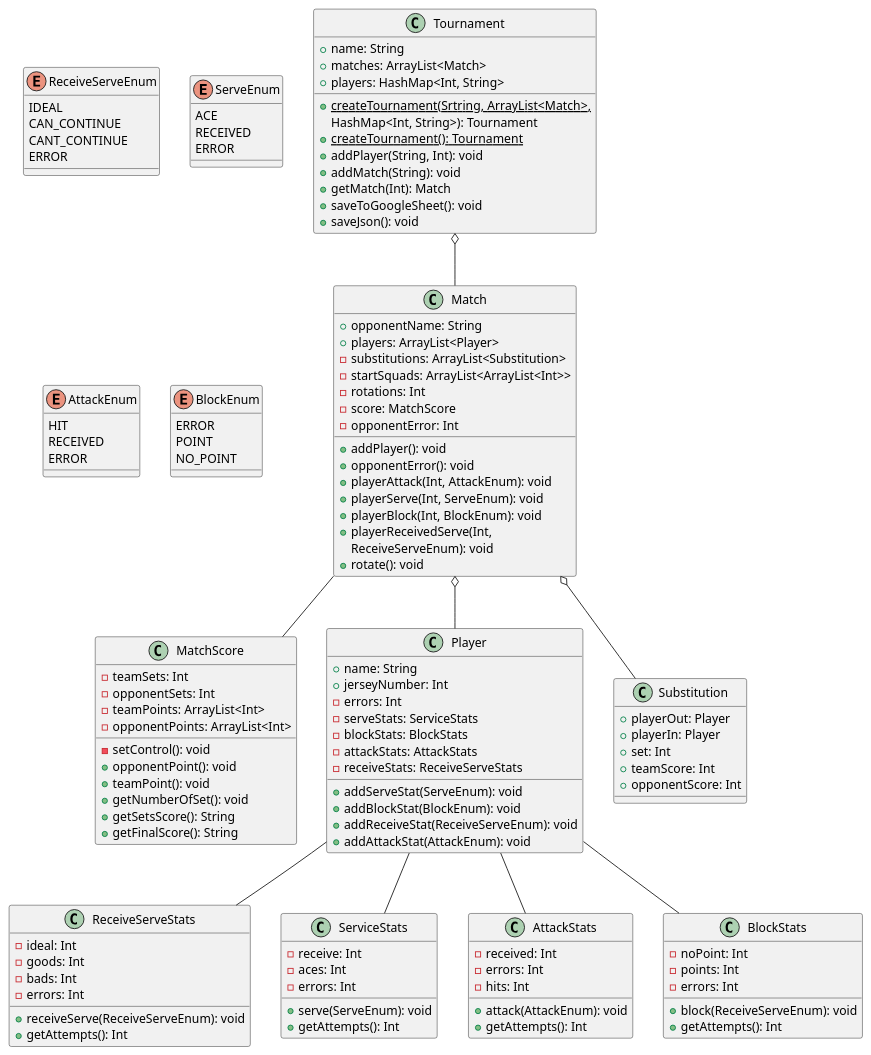
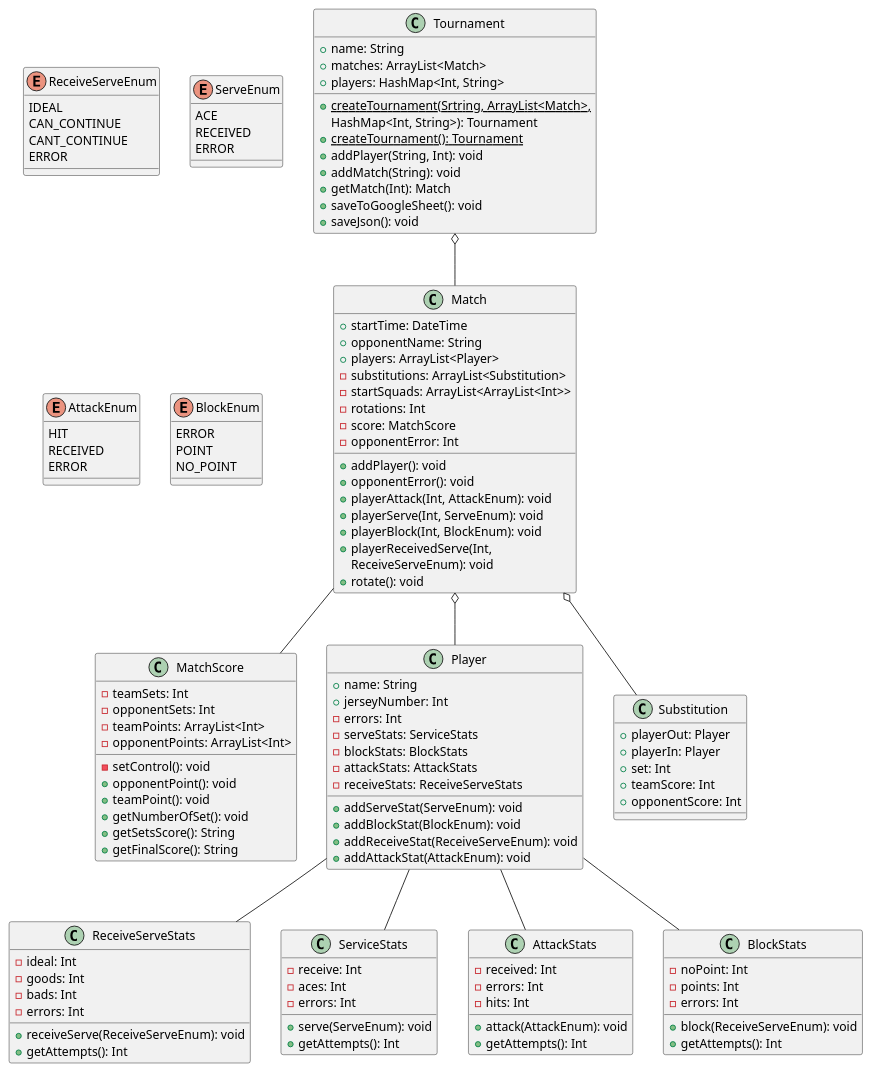
Before and after one commit to JanReisiegel/VolleyballHelper: the diagram in app/src/main/java/com/reisiegel/volleyballhelper/models/class_diagram.puml, drawn with PlantUML. The commit also changed 10 other files, not shown here.

```diff
--- a/app/src/main/java/com/reisiegel/volleyballhelper/models/class_diagram.puml
+++ b/app/src/main/java/com/reisiegel/volleyballhelper/models/class_diagram.puml
@@ -1,136 +1,137 @@
 @startuml
 class Tournament{
     + name: String
     + matches: ArrayList<Match>
     + players: HashMap<Int, String>
     + {static} createTournament(Srtring, ArrayList<Match>,
     HashMap<Int, String>): Tournament
     + {static} createTournament(): Tournament
     + addPlayer(String, Int): void
     + addMatch(String): void
     + getMatch(Int): Match
     + saveToGoogleSheet(): void
     + saveJson(): void
 }
 
 class Match{
+    + startTime: DateTime
     + opponentName: String
     + players: ArrayList<Player>
     - substitutions: ArrayList<Substitution>
     - startSquads: ArrayList<ArrayList<Int>>
     - rotations: Int
     - score: MatchScore
     - opponentError: Int
     + addPlayer(): void
     + opponentError(): void
     + playerAttack(Int, AttackEnum): void
     + playerServe(Int, ServeEnum): void
     + playerBlock(Int, BlockEnum): void
     + playerReceivedServe(Int,
         ReceiveServeEnum): void
     + rotate(): void
 }
 
 class MatchScore{
     - teamSets: Int
     - opponentSets: Int
     - teamPoints: ArrayList<Int>
     - opponentPoints: ArrayList<Int>
     - setControl(): void
     + opponentPoint(): void
     + teamPoint(): void
     + getNumberOfSet(): void
     + getSetsScore(): String
     + getFinalScore(): String
 }
 
 class Player{
     + name: String
     + jerseyNumber: Int
     - errors: Int
     - serveStats: ServiceStats
     - blockStats: BlockStats
     - attackStats: AttackStats
     - receiveStats: ReceiveServeStats
     + addServeStat(ServeEnum): void
     + addBlockStat(BlockEnum): void
     + addReceiveStat(ReceiveServeEnum): void
     + addAttackStat(AttackEnum): void
 }
 
 class ReceiveServeStats{
     - ideal: Int
     - goods: Int
     - bads: Int
     - errors: Int
     + receiveServe(ReceiveServeEnum): void
     + getAttempts(): Int
 }
 class ServiceStats{
     - receive: Int
     - aces: Int
     - errors: Int
     + serve(ServeEnum): void
     + getAttempts(): Int
 }
 class AttackStats{
     - received: Int
     - errors: Int
     - hits: Int
     + attack(AttackEnum): void
     + getAttempts(): Int
 }
 class BlockStats{
     - noPoint: Int
     - points: Int
     - errors: Int
     + block(ReceiveServeEnum): void
     + getAttempts(): Int
 }
 
 class Substitution{
     + playerOut: Player
     + playerIn: Player
     + set: Int
     + teamScore: Int
     + opponentScore: Int
 }
 
 enum ReceiveServeEnum{
     IDEAL
     CAN_CONTINUE
     CANT_CONTINUE
     ERROR
 }
 
 enum ServeEnum{
     ACE
     RECEIVED
     ERROR
 }
 
 enum AttackEnum{
     HIT
     RECEIVED
     ERROR
 }
 
 enum BlockEnum{
     ERROR
     POINT
     NO_POINT
 }
 
 Player -- ReceiveServeStats
 Player -- AttackStats
 Player -- BlockStats
 Player -- ServiceStats
 
 Tournament o-- Match
 Match o-- Player
 
 Match -- MatchScore
 Match o-- Substitution
 
 
 @enduml
```
